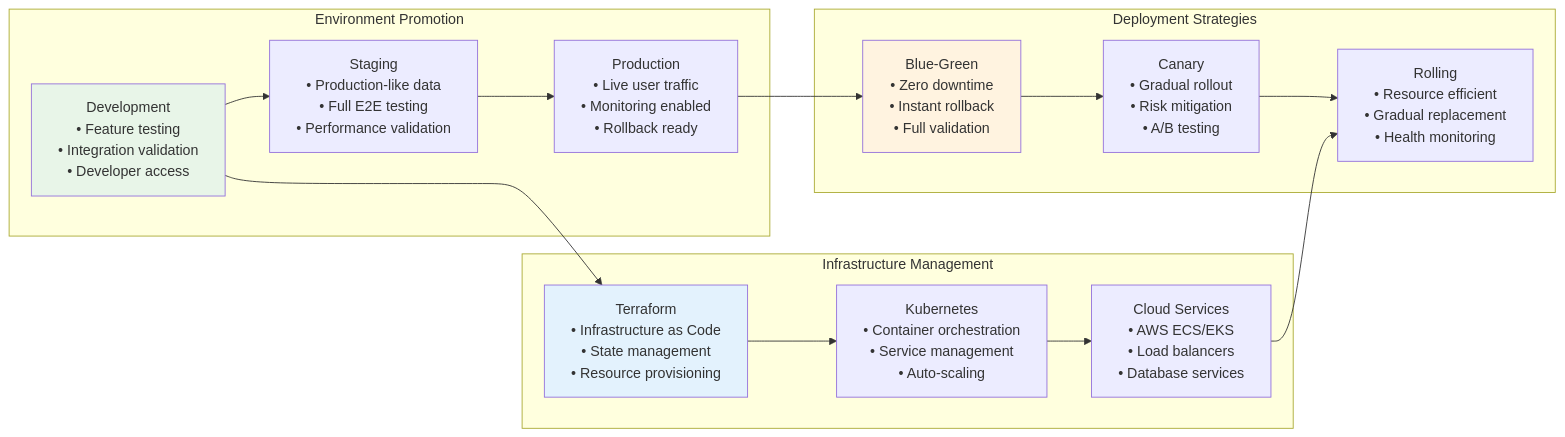
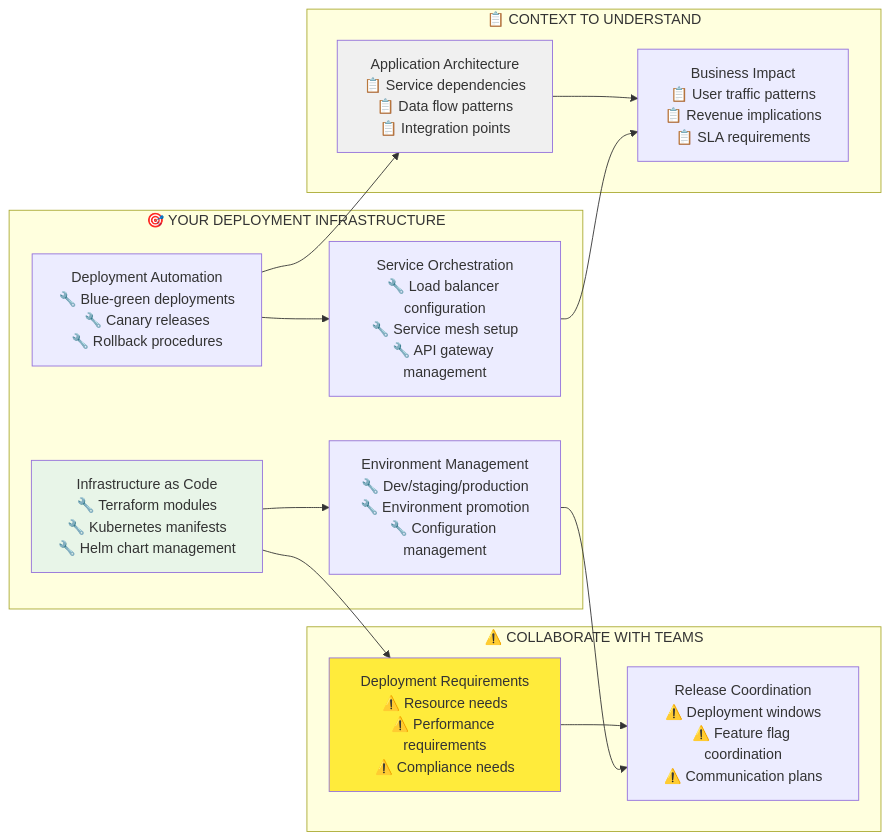
The seventh of 10 diagrams in Tech_Relationships/13-DevOps_Development_Cycle_Relationships.md (pelchers/Learning_DevOps), drawn with Mermaid before and after one commit. The commit also changed other lines of this file and 21 other files, not shown here.

````diff
--- a/Tech_Relationships/13-DevOps_Development_Cycle_Relationships.md
+++ b/Tech_Relationships/13-DevOps_Development_Cycle_Relationships.md
@@ -473,25 +441,24 @@
 ```mermaid
 flowchart LR
-    subgraph "Environment Promotion"
-        A["Development<br/>• Feature testing<br/>• Integration validation<br/>• Developer access"] --> B["Staging<br/>• Production-like data<br/>• Full E2E testing<br/>• Performance validation"]
-        B --> C["Production<br/>• Live user traffic<br/>• Monitoring enabled<br/>• Rollback ready"]
+    subgraph "🎯 YOUR DEPLOYMENT INFRASTRUCTURE"
+        A["Infrastructure as Code<br/>🔧 Terraform modules<br/>🔧 Kubernetes manifests<br/>🔧 Helm chart management"] --> B["Environment Management<br/>🔧 Dev/staging/production<br/>🔧 Environment promotion<br/>🔧 Configuration management"]
+        C["Deployment Automation<br/>🔧 Blue-green deployments<br/>🔧 Canary releases<br/>🔧 Rollback procedures"] --> D["Service Orchestration<br/>🔧 Load balancer configuration<br/>🔧 Service mesh setup<br/>🔧 API gateway management"]
     end
     
-    subgraph "Infrastructure Management"
-        D["Terraform<br/>• Infrastructure as Code<br/>• State management<br/>• Resource provisioning"] --> E["Kubernetes<br/>• Container orchestration<br/>• Service management<br/>• Auto-scaling"]
-        E --> F["Cloud Services<br/>• AWS ECS/EKS<br/>• Load balancers<br/>• Database services"]
+    subgraph "⚠️ COLLABORATE WITH TEAMS"
+        E["Deployment Requirements<br/>⚠️ Resource needs<br/>⚠️ Performance requirements<br/>⚠️ Compliance needs"] --> F["Release Coordination<br/>⚠️ Deployment windows<br/>⚠️ Feature flag coordination<br/>⚠️ Communication plans"]
     end
     
-    subgraph "Deployment Strategies"
-        G["Blue-Green<br/>• Zero downtime<br/>• Instant rollback<br/>• Full validation"] --> H["Canary<br/>• Gradual rollout<br/>• Risk mitigation<br/>• A/B testing"]
-        H --> I["Rolling<br/>• Resource efficient<br/>• Gradual replacement<br/>• Health monitoring"]
+    subgraph "📋 CONTEXT TO UNDERSTAND"
+        G["Application Architecture<br/>📋 Service dependencies<br/>📋 Data flow patterns<br/>📋 Integration points"] --> H["Business Impact<br/>📋 User traffic patterns<br/>📋 Revenue implications<br/>📋 SLA requirements"]
     end
     
-    A --> D
+    A --> E
+    B --> F
     C --> G
-    F --> I
+    D --> H
     
     style A fill:#e8f5e8
-    style D fill:#e3f2fd
-    style G fill:#fff3e0
+    style E fill:#ffeb3b
+    style G fill:#f0f0f0
 ```
````
